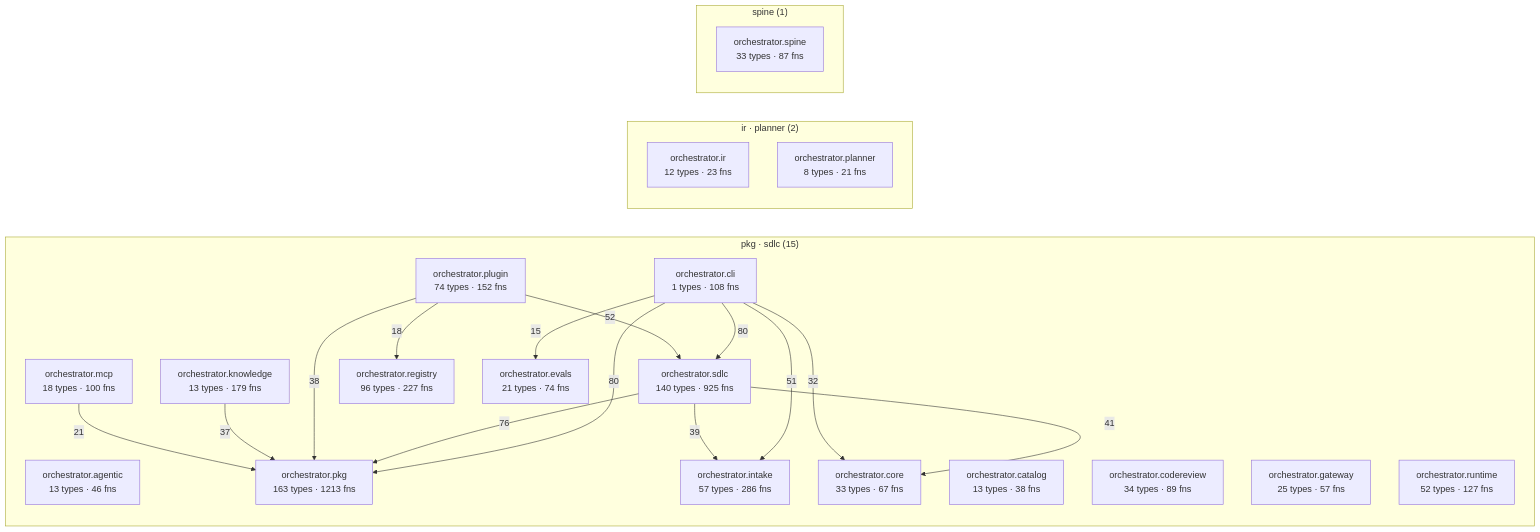
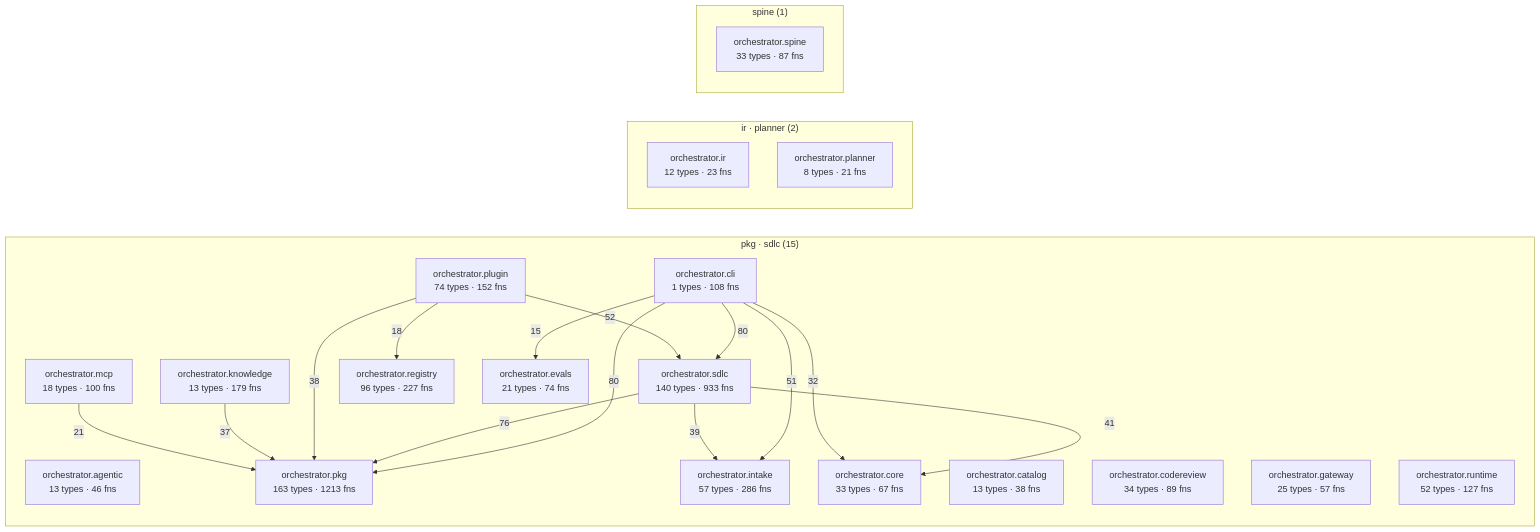
Before and after one commit to synaptixs/spine: the diagram in episteme/architecture.md, drawn with Mermaid. The commit also changed other lines of this file and 11 other files, not shown here.

````diff
--- a/episteme/architecture.md
+++ b/episteme/architecture.md
@@ -55,40 +55,40 @@
 ```mermaid
 flowchart LR
   subgraph c_2["pkg · sdlc (15)"]
     aorchestratoragentic["orchestrator.agentic<br/>13 types · 46 fns"]
     aorchestratorcatalog["orchestrator.catalog<br/>13 types · 38 fns"]
     aorchestratorcli["orchestrator.cli<br/>1 types · 108 fns"]
     aorchestratorcodereview["orchestrator.codereview<br/>34 types · 89 fns"]
     aorchestratorcore["orchestrator.core<br/>33 types · 67 fns"]
     aorchestratorevals["orchestrator.evals<br/>21 types · 74 fns"]
     aorchestratorgateway["orchestrator.gateway<br/>25 types · 57 fns"]
     aorchestratorintake["orchestrator.intake<br/>57 types · 286 fns"]
     aorchestratorknowledge["orchestrator.knowledge<br/>13 types · 179 fns"]
     aorchestratormcp["orchestrator.mcp<br/>18 types · 100 fns"]
     aorchestratorpkg["orchestrator.pkg<br/>163 types · 1213 fns"]
     aorchestratorplugin["orchestrator.plugin<br/>74 types · 152 fns"]
     aorchestratorregistry["orchestrator.registry<br/>96 types · 227 fns"]
     aorchestratorruntime["orchestrator.runtime<br/>52 types · 127 fns"]
-    aorchestratorsdlc["orchestrator.sdlc<br/>140 types · 925 fns"]
+    aorchestratorsdlc["orchestrator.sdlc<br/>140 types · 933 fns"]
   end
   subgraph c_5["ir · planner (2)"]
     aorchestratorir["orchestrator.ir<br/>12 types · 23 fns"]
     aorchestratorplanner["orchestrator.planner<br/>8 types · 21 fns"]
   end
   subgraph c_10["spine (1)"]
     aorchestratorspine["orchestrator.spine<br/>33 types · 87 fns"]
   end
   aorchestratorcli -->|80| aorchestratorpkg
   aorchestratorcli -->|80| aorchestratorsdlc
   aorchestratorsdlc -->|76| aorchestratorpkg
   aorchestratorplugin -->|52| aorchestratorsdlc
   aorchestratorcli -->|51| aorchestratorintake
   aorchestratorsdlc -->|41| aorchestratorcore
   aorchestratorsdlc -->|39| aorchestratorintake
   aorchestratorplugin -->|38| aorchestratorpkg
   aorchestratorknowledge -->|37| aorchestratorpkg
   aorchestratorcli -->|32| aorchestratorcore
   aorchestratormcp -->|21| aorchestratorpkg
   aorchestratorplugin -->|18| aorchestratorregistry
   aorchestratorcli -->|15| aorchestratorevals
 ```
````
